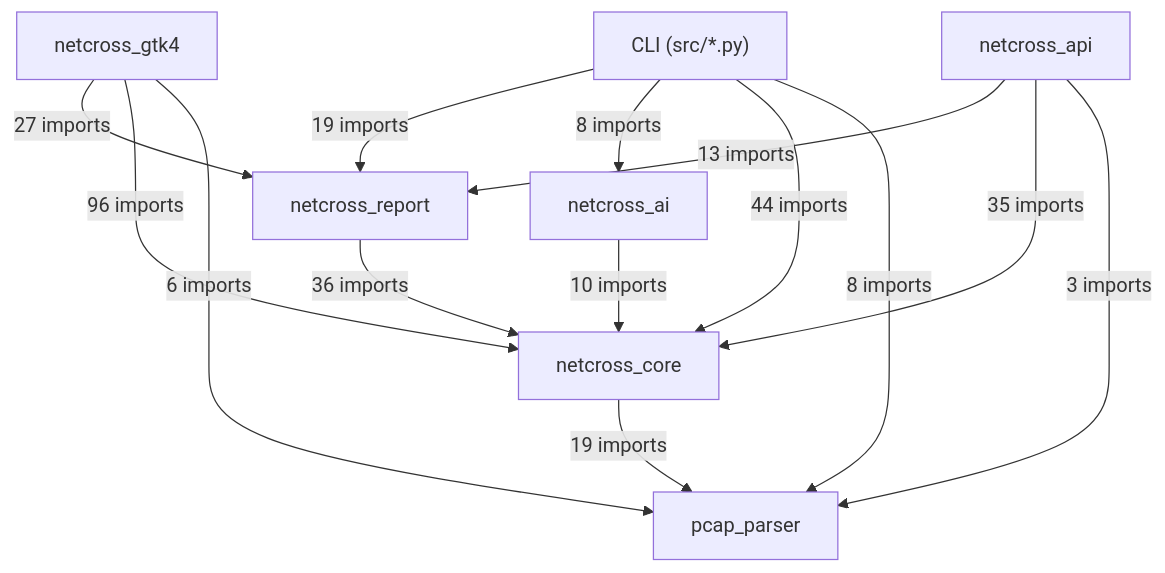
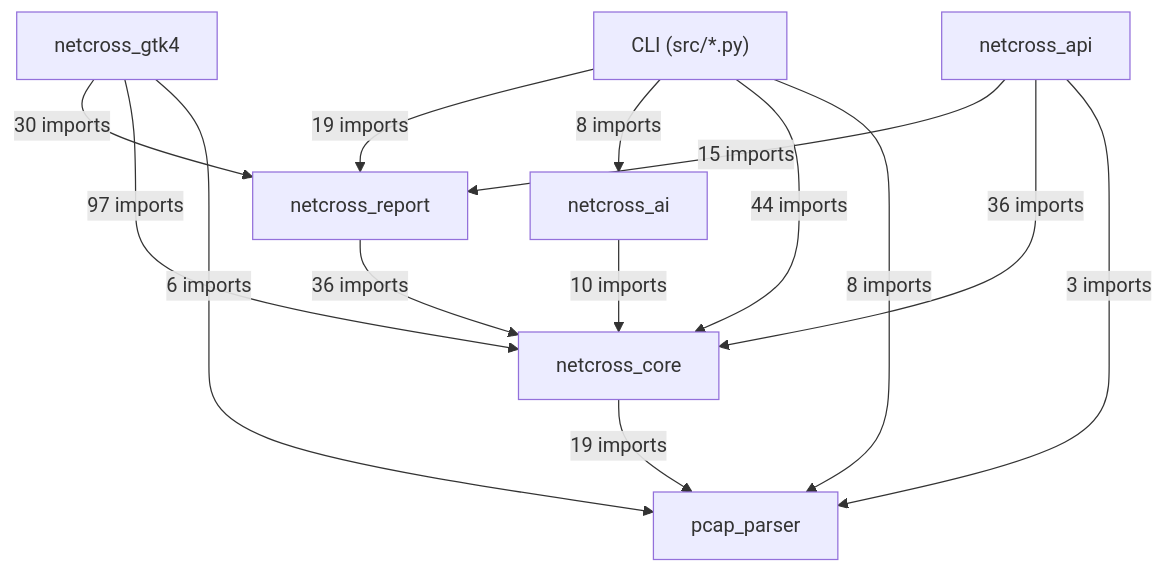
Before and after one commit to Mathide-Team/Netcross: the first of 20 diagrams in docs/class-diagram.md, drawn with Mermaid. The commit also changed other lines of this file and 2 other files, not shown here.

Commit message:
chore: régénère class-diagram/openapi après fusion de dev

````diff
--- a/docs/class-diagram.md
+++ b/docs/class-diagram.md
@@ -26,23 +26,23 @@
 ```mermaid
 flowchart TD
     CLI["CLI (src/*.py)"]
     netcross_gtk4["netcross_gtk4"]
     netcross_api["netcross_api"]
     netcross_report["netcross_report"]
     netcross_ai["netcross_ai"]
     netcross_core["netcross_core"]
     pcap_parser["pcap_parser"]
     CLI -->|"19 imports"| netcross_report
     CLI -->|"8 imports"| netcross_ai
     CLI -->|"44 imports"| netcross_core
     CLI -->|"8 imports"| pcap_parser
-    netcross_gtk4 -->|"27 imports"| netcross_report
-    netcross_gtk4 -->|"96 imports"| netcross_core
+    netcross_gtk4 -->|"30 imports"| netcross_report
+    netcross_gtk4 -->|"97 imports"| netcross_core
     netcross_gtk4 -->|"6 imports"| pcap_parser
-    netcross_api -->|"13 imports"| netcross_report
-    netcross_api -->|"35 imports"| netcross_core
+    netcross_api -->|"15 imports"| netcross_report
+    netcross_api -->|"36 imports"| netcross_core
     netcross_api -->|"3 imports"| pcap_parser
     netcross_report -->|"36 imports"| netcross_core
     netcross_ai -->|"10 imports"| netcross_core
     netcross_core -->|"19 imports"| pcap_parser
 ```
````
